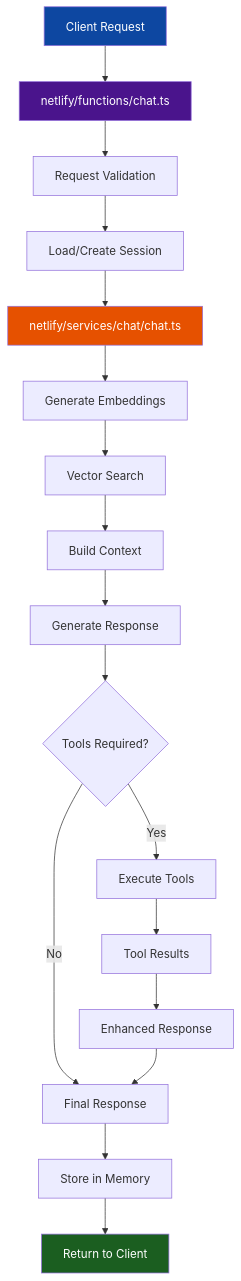
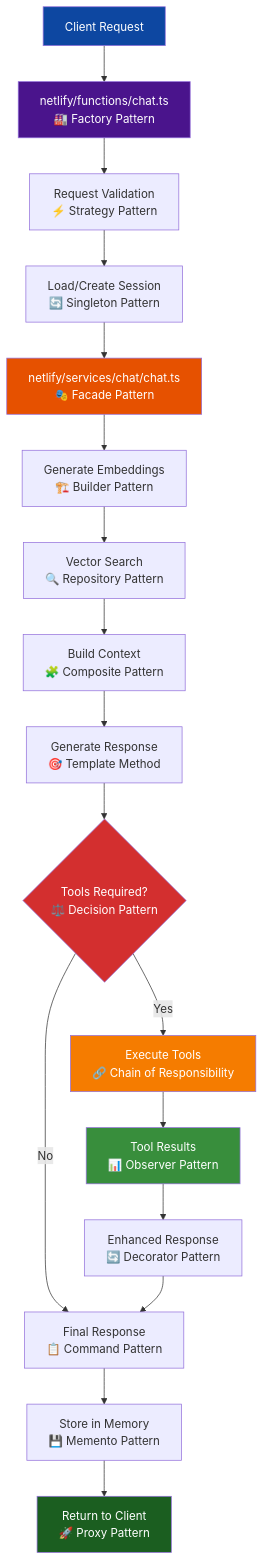
One commit to rlynjb/adventurecue changed the first of 2 diagrams in docs/services/chat.md. Above: the diagram before and after it, drawn with Mermaid. The commit also changed other lines of this file, not shown here.

````diff
--- a/docs/services/chat.md
+++ b/docs/services/chat.md
@@ -46,27 +47,30 @@
 ```mermaid
 graph TD
-    A[Client Request] --> B[netlify/functions/chat.ts]
-    B --> C[Request Validation]
-    C --> D[Load/Create Session]
-    D --> E[netlify/services/chat/chat.ts]
+    A[Client Request] --> B[netlify/functions/chat.ts<br/>🏭 Factory Pattern]
+    B --> C[Request Validation<br/>⚡ Strategy Pattern]
+    C --> D[Load/Create Session<br/>🔄 Singleton Pattern]
+    D --> E[netlify/services/chat/chat.ts<br/>🎭 Facade Pattern]
 
-    E --> F[Generate Embeddings]
-    F --> G[Vector Search]
-    G --> H[Build Context]
-    H --> I[Generate Response]
+    E --> F[Generate Embeddings<br/>🏗️ Builder Pattern]
+    F --> G[Vector Search<br/>🔍 Repository Pattern]
+    G --> H[Build Context<br/>🧩 Composite Pattern]
+    H --> I[Generate Response<br/>🎯 Template Method]
 
-    I --> J{Tools Required?}
-    J -->|Yes| K[Execute Tools]
-    J -->|No| L[Final Response]
-    K --> M[Tool Results]
-    M --> N[Enhanced Response]
+    I --> J{Tools Required?<br/>⚖️ Decision Pattern}
+    J -->|Yes| K[Execute Tools<br/>🔗 Chain of Responsibility]
+    J -->|No| L[Final Response<br/>📋 Command Pattern]
+    K --> M[Tool Results<br/>📊 Observer Pattern]
+    M --> N[Enhanced Response<br/>🔄 Decorator Pattern]
     N --> L
 
-    L --> O[Store in Memory]
-    O --> P[Return to Client]
+    L --> O[Store in Memory<br/>💾 Memento Pattern]
+    O --> P[Return to Client<br/>🚀 Proxy Pattern]
 
     style A fill:#0d47a1,color:#fff
     style B fill:#4a148c,color:#fff
     style E fill:#e65100,color:#fff
     style P fill:#1b5e20,color:#fff
+    style J fill:#d32f2f,color:#fff
+    style K fill:#f57c00,color:#fff
+    style M fill:#388e3c,color:#fff
 ```
````
